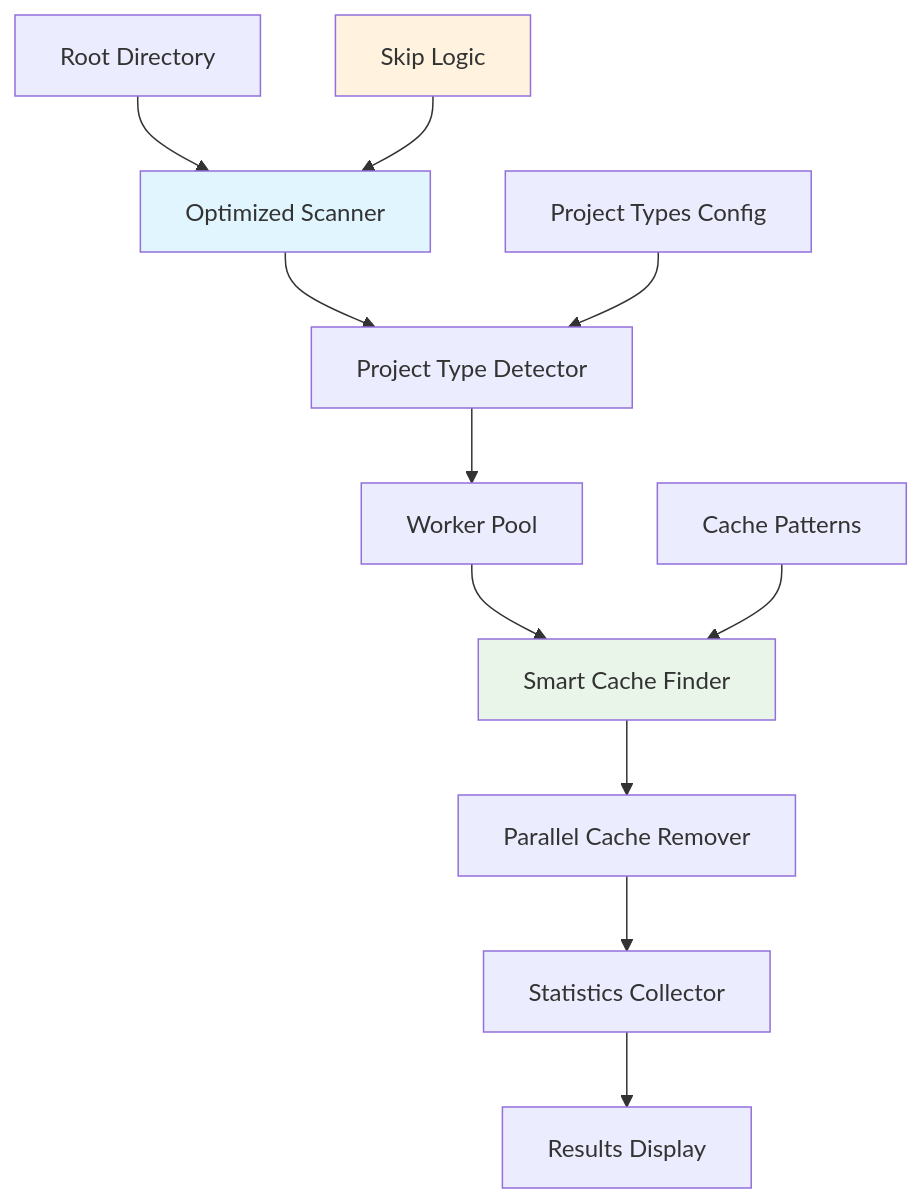
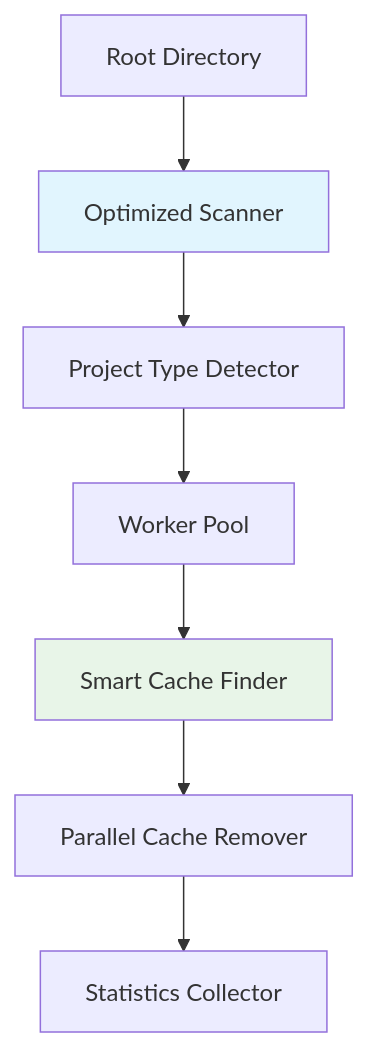
Before and after one commit to abudhahir/projects-cache-clean: the diagram in README.md, drawn with Mermaid. The commit also changed other lines of this file and 2 other files, not shown here.

````diff
--- a/README.md
+++ b/README.md
@@ -17,18 +76,12 @@
 ```mermaid
 graph TD
     A[Root Directory] --> B[Optimized Scanner]
     B --> C[Project Type Detector]
     C --> D[Worker Pool]
     D --> E[Smart Cache Finder]
     E --> F[Parallel Cache Remover]
     F --> G[Statistics Collector]
-    G --> H[Results Display]
-    
-    I[Project Types Config] --> C
-    J[Cache Patterns] --> E
-    K[Skip Logic] --> B
     
     style B fill:#e1f5fe
     style E fill:#e8f5e8
-    style K fill:#fff3e0
 ```
````
